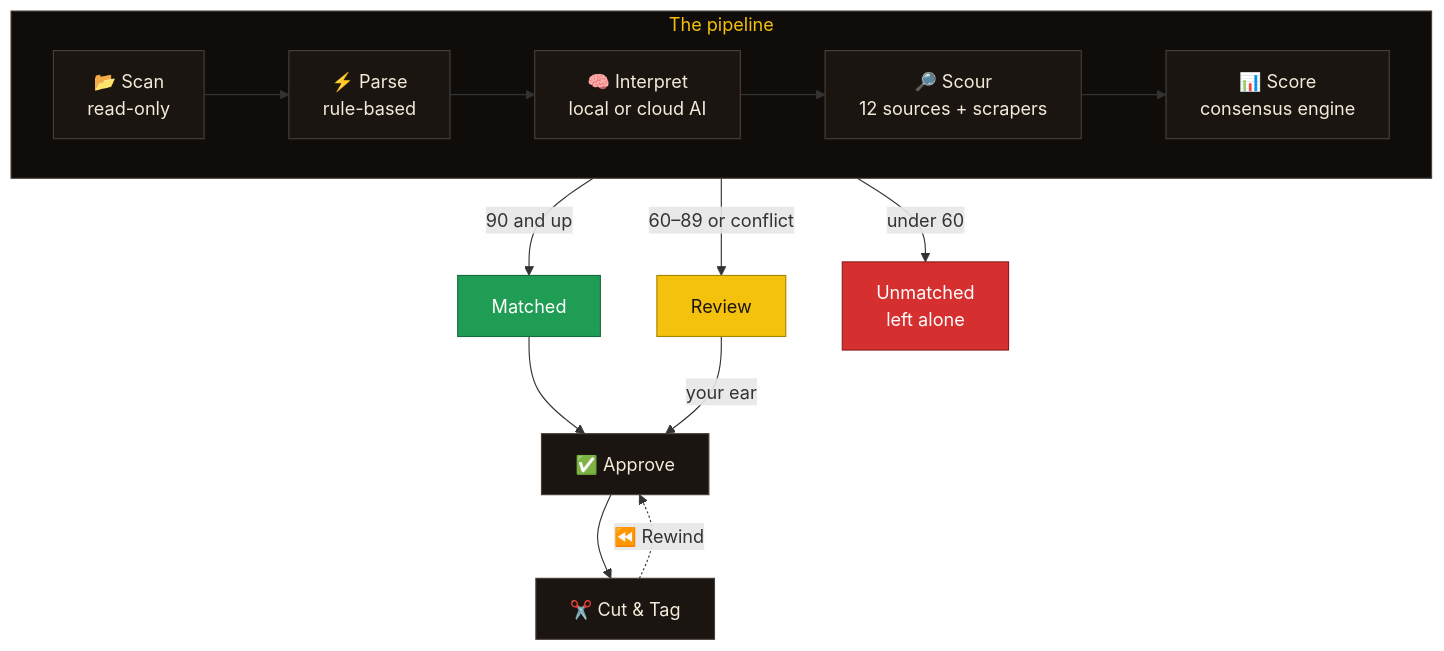
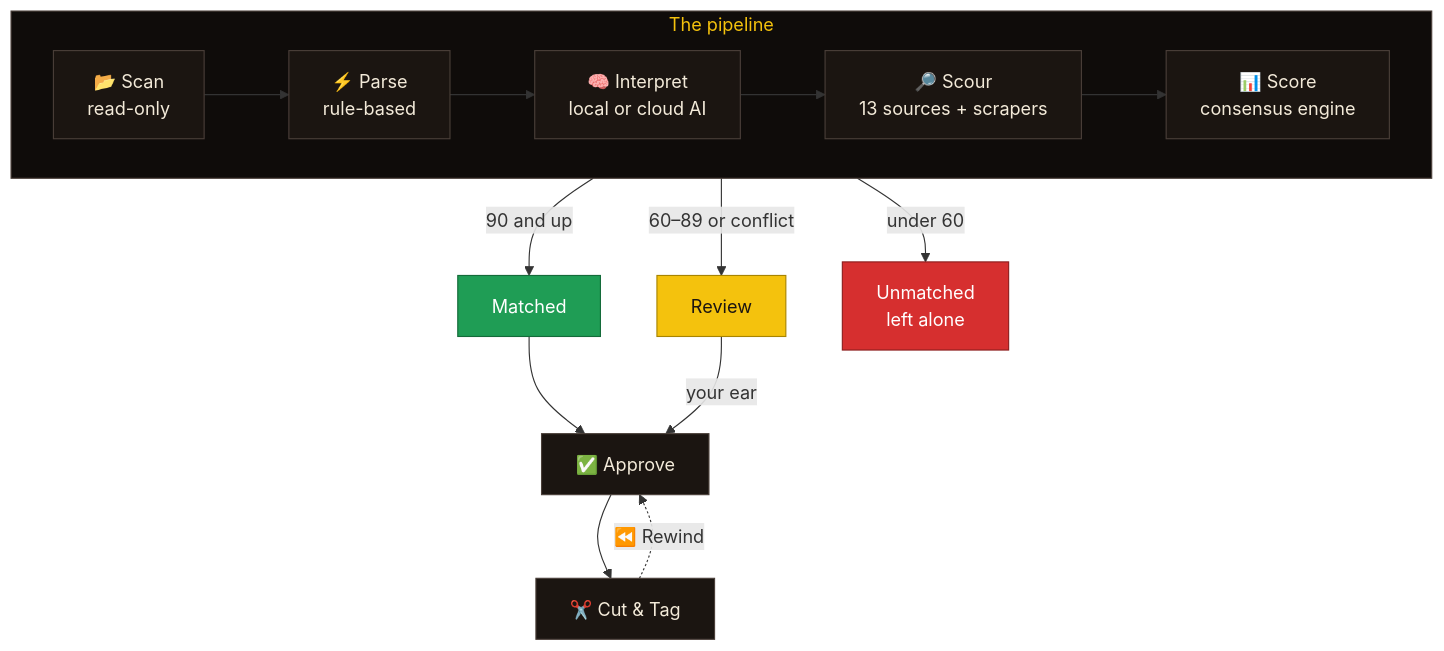
One commit to sshahs/dubplate changed the diagram in README.md. Above: the diagram before and after it, drawn with Mermaid. The commit also changed other lines of this file and 13 other files, not shown here.

````diff
--- a/README.md
+++ b/README.md
@@ -67,24 +67,24 @@
 ```mermaid
 flowchart TB
   subgraph pipeline ["The pipeline"]
     direction LR
-    scan["📂 Scan<br/>read-only"] --> parse["⚡ Parse<br/>rule-based"] --> ai["🧠 Interpret<br/>local or cloud AI"] --> scour["🔎 Scour<br/>12 sources + scrapers"] --> score["📊 Score<br/>consensus engine"]
+    scan["📂 Scan<br/>read-only"] --> parse["⚡ Parse<br/>rule-based"] --> ai["🧠 Interpret<br/>local or cloud AI"] --> scour["🔎 Scour<br/>13 sources + scrapers"] --> score["📊 Score<br/>consensus engine"]
   end
   pipeline -->|"90 and up"| matched["Matched"]
   pipeline -->|"60–89 or conflict"| review["Review"]
   pipeline -->|"under 60"| unmatched["Unmatched<br/>left alone"]
   matched --> approve["✅ Approve"]
   review -->|"your ear"| approve
   approve --> cut["✂️ Cut & Tag"]
   cut -.->|"⏪ Rewind"| approve
 
   classDef base fill:#1b1511,stroke:#4a3f39,color:#f3ead9
   classDef green fill:#1f9d55,stroke:#146b3a,color:#ffffff
   classDef gold fill:#f4c20d,stroke:#a88400,color:#1b1511
   classDef red fill:#d62f2f,stroke:#8c1d1d,color:#ffffff
   class scan,parse,ai,scour,score,approve,cut base
   class matched green
   class review gold
   class unmatched red
   style pipeline fill:#0f0c0a,stroke:#4a3f39,color:#f4c20d
 ```
````
